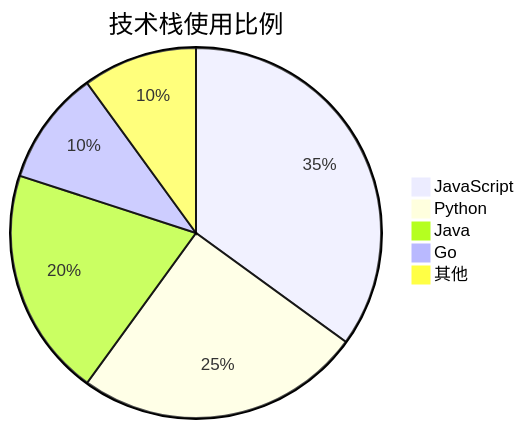
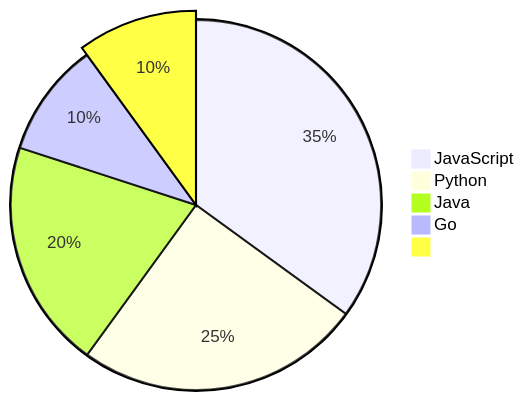
The sixth of 7 diagrams in docs/docs/编程外的基础/markdown插件.mdx (Weuqiang/weuqiangcreate_website), drawn with Mermaid before and after one commit. The commit also changed other lines of this file and 517 other files, not shown here.

````diff
--- a/docs/docs/编程外的基础/markdown插件.mdx
+++ b/docs/docs/编程外的基础/markdown插件.mdx
@@ -292,8 +292,8 @@
 ```mermaid
-pie title 技术栈使用比例
+pie title 
     "JavaScript" : 35
     "Python" : 25
     "Java" : 20
     "Go" : 10
-    "其他" : 10
+    "" : 10
 ```
````
